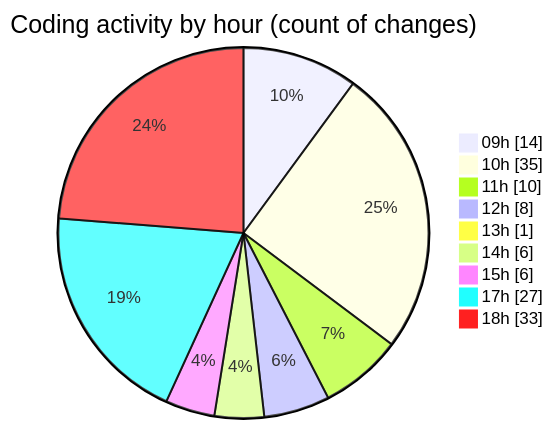
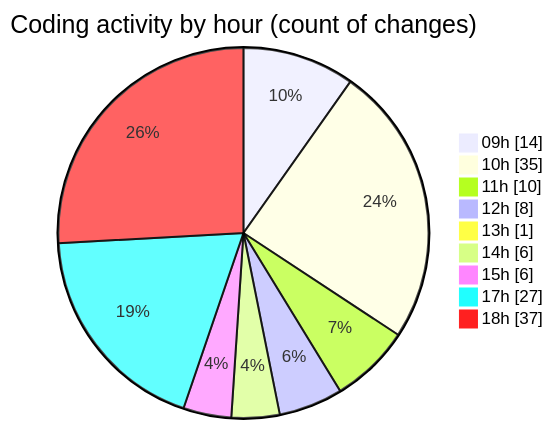
One commit to momahboobian/code-tracking changed the second of 2 diagrams in 2025-11-10/cda/README.md. Above: the diagram before and after it, drawn with Mermaid. The commit also changed other lines of this file and 1 other file, not shown here.

````diff
--- a/2025-11-10/cda/README.md
+++ b/2025-11-10/cda/README.md
@@ -61,13 +61,13 @@
 ```mermaid
 pie showData
 title Coding activity by hour (count of changes)
 "09h" : 14
 "10h" : 35
 "11h" : 10
 "12h" : 8
 "13h" : 1
 "14h" : 6
 "15h" : 6
 "17h" : 27
-"18h" : 33
+"18h" : 37
 ```
````
